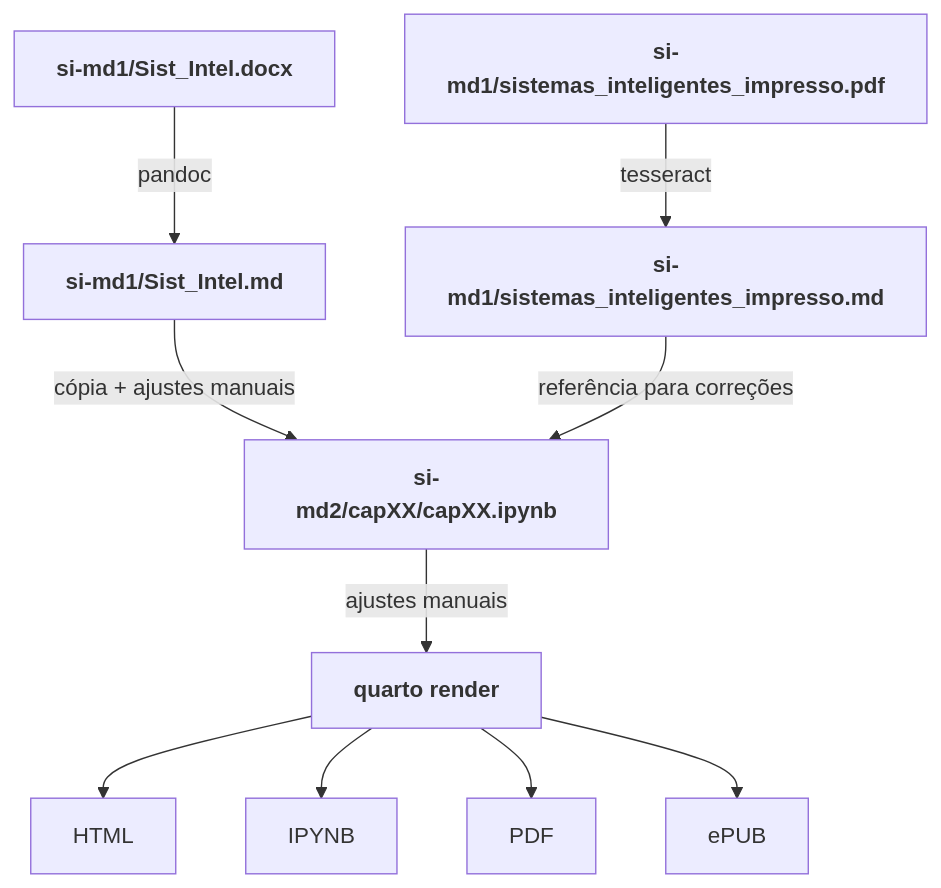
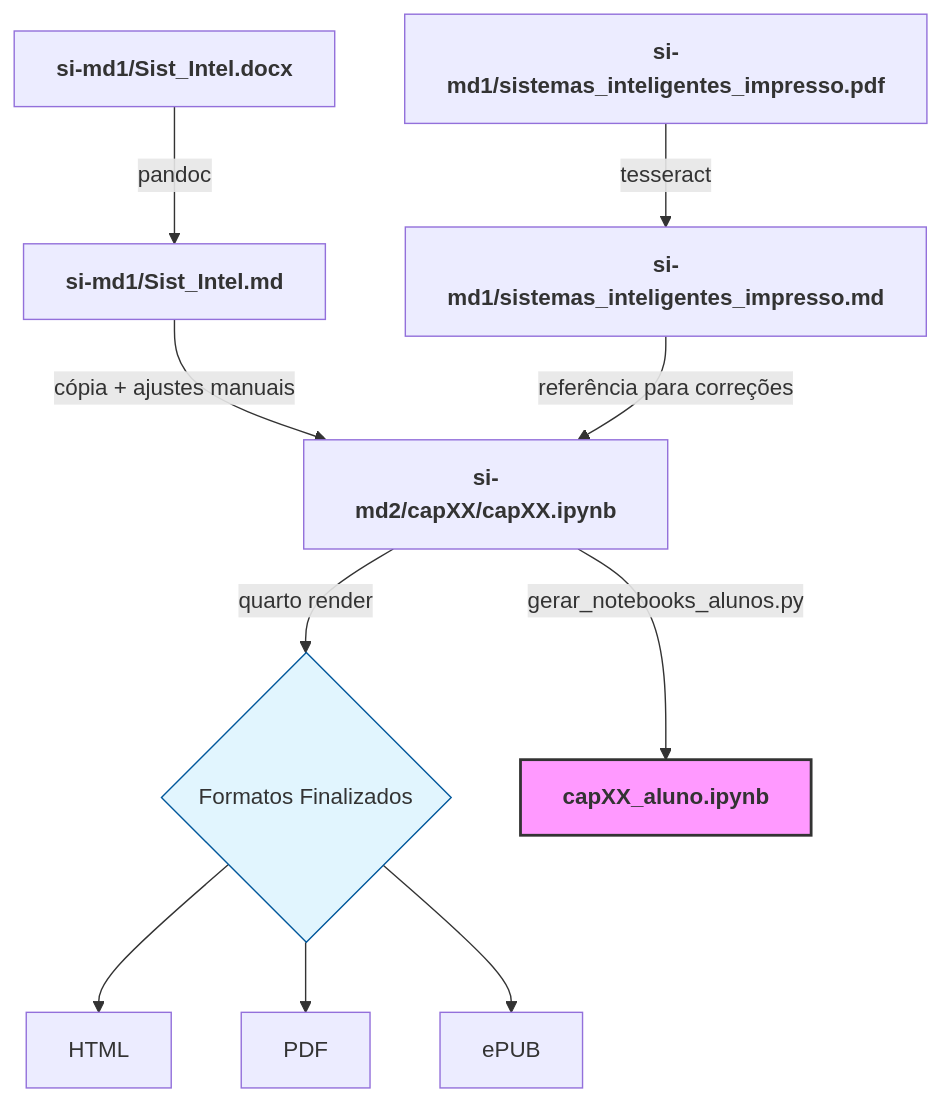
Before and after one commit to fzampirolli/si-md2: the diagram in si-md2/index.qmd, drawn with Mermaid. The commit also changed other lines of this file and 2 other files, not shown here.

Commit message:
Publicação automática (incluindo PDF): 2026-03-17 18:05

````diff
--- a/si-md2/index.qmd
+++ b/si-md2/index.qmd
@@ -32,16 +33,22 @@
 ```{mermaid}
 flowchart TD
-
+    %% Fontes Iniciais
     A["`**si-md1/Sist_Intel.docx**`"] -->|pandoc| B["`**si-md1/Sist_Intel.md**`"]
     C["`**si-md1/sistemas_inteligentes_impresso.pdf**`"] -->|tesseract| D["`**si-md1/sistemas_inteligentes_impresso.md**`"]
 
+    %% Construção do Notebook Principal
     B -->|"cópia + ajustes manuais"| E["`**si-md2/capXX/capXX.ipynb**`"]
     D -->|"referência para correções"| E
 
-    E -->|"ajustes manuais"| F["`**quarto render**`"]
-
+    %% Fluxo de Publicação (Quarto)
+    E -->|"quarto render"| F{Formatos Finalizados}
     F --> G[HTML]
-    F --> H[IPYNB]
     F --> I[PDF]
     F --> J[ePUB]
+
+    %% Fluxo do Aluno (Script Python)
+    E -->|gerar_notebooks_alunos.py| H["`**capXX_aluno.ipynb**`"]
+    
+    style H fill:#f9f,stroke:#333,stroke-width:2px
+    style F fill:#e1f5fe,stroke:#01579b
 ```
````
